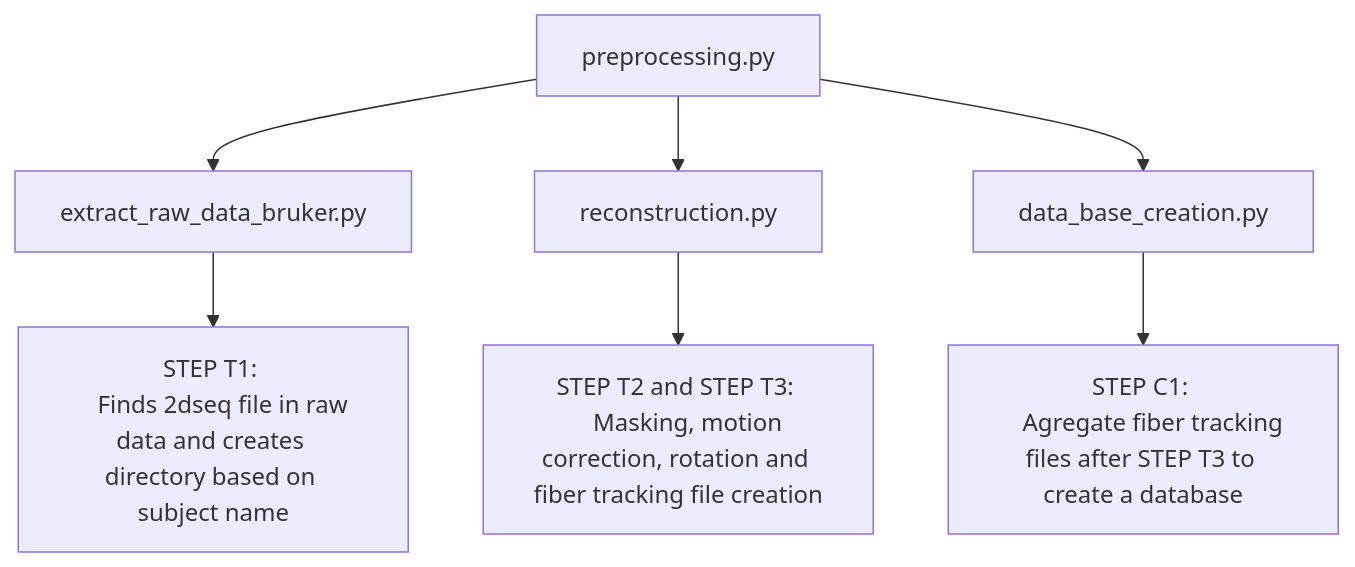
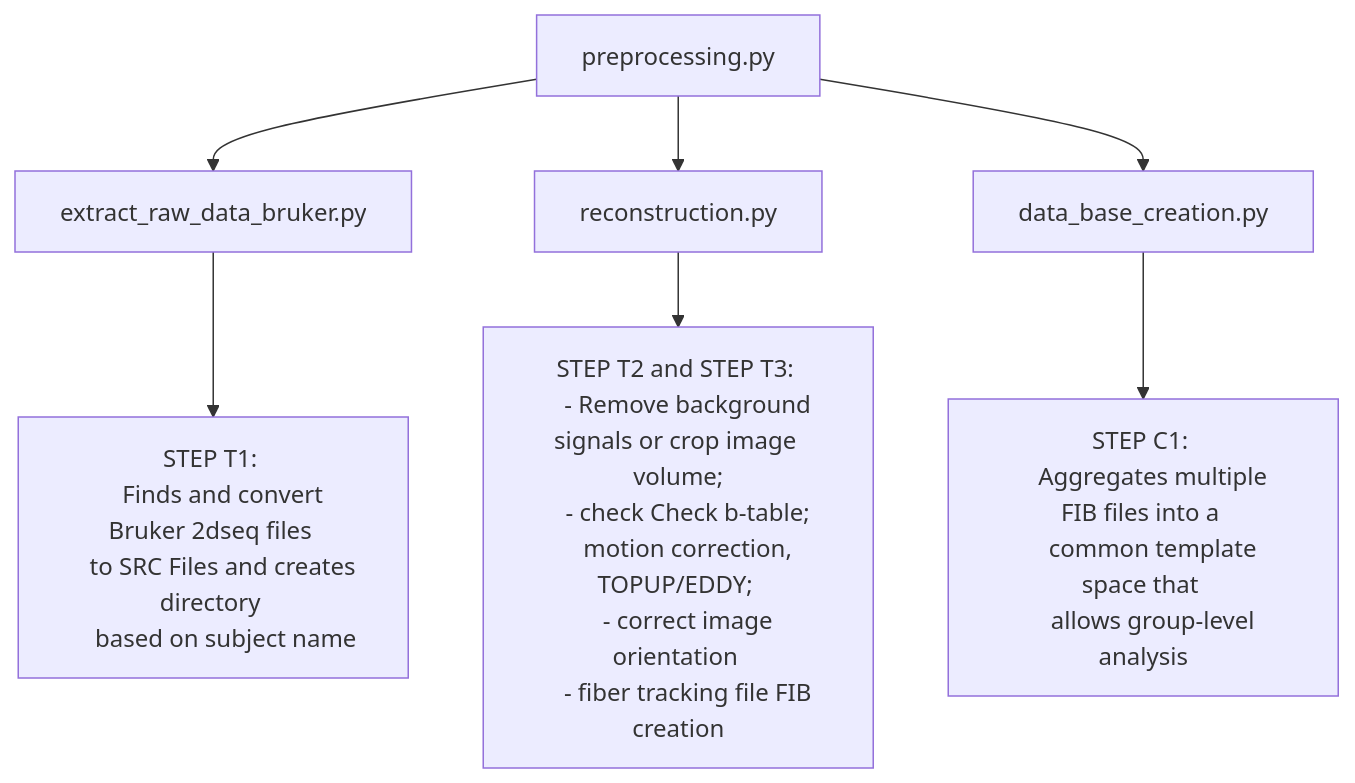
One commit to ut-klab-ygroup/mri-dsi-studio-scripts changed the diagram in README.md. Above: the diagram before and after it, drawn with Mermaid. The commit also changed other lines of this file, not shown here.

Commit message:
added link to download and description of each step

````diff
--- a/README.md
+++ b/README.md
@@ -18,13 +25,21 @@
 ```mermaid
 graph TD;
     A[preprocessing.py] --> B[extract_raw_data_bruker.py]
     A --> C[reconstruction.py]
     A --> D[data_base_creation.py]
 
     B --> B1[STEP T1: 
-    Finds 2dseq file in raw data and creates directory based on subject name]
+    Finds and convert Bruker 2dseq files 
+    to SRC Files and creates directory 
+    based on subject name]
     C --> C1[STEP T2 and STEP T3: 
-    Masking, motion correction, rotation and fiber tracking file creation]
+    - Remove background signals or crop image volume;
+    - check Check b-table; 
+    motion correction, TOPUP/EDDY; 
+    - correct image orientation 
+    - fiber tracking file FIB creation]
     D --> D1[STEP C1: 
-    Agregate fiber tracking files after STEP T3 to create a database]
+    Aggregates multiple FIB files into a 
+    common template space that 
+    allows group-level analysis]
 ```
````
